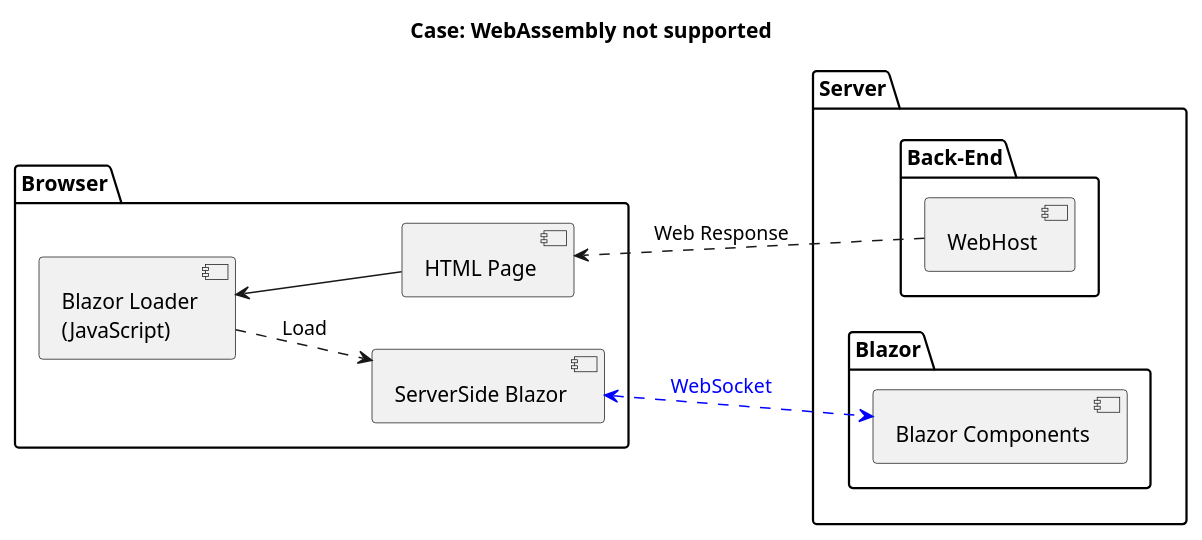
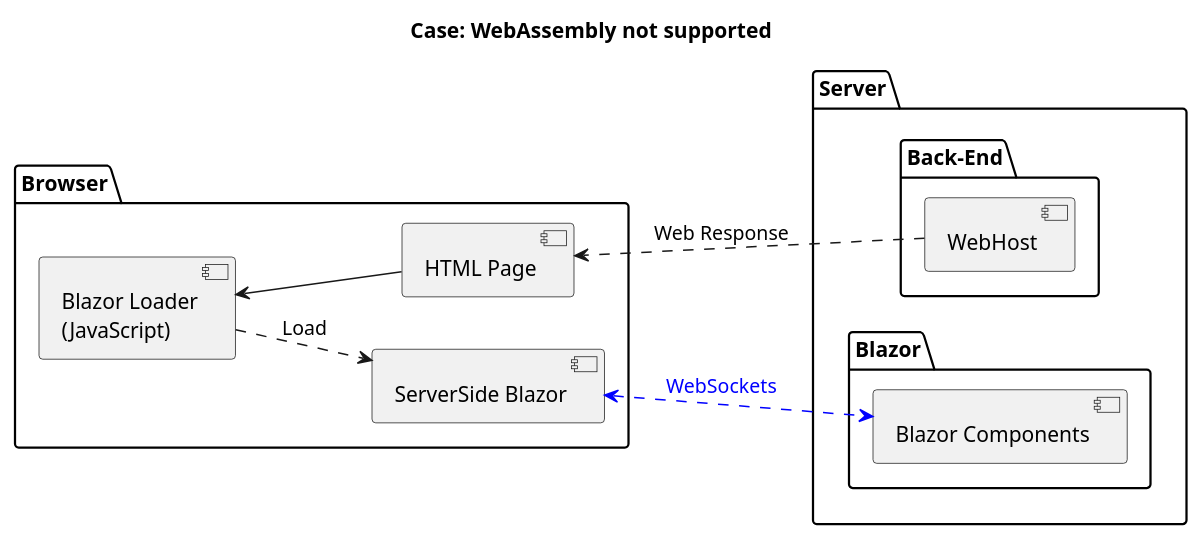
Before and after one commit to isc30/instant-blazor: the diagram in doc/diagrams/NotWasm-Components.puml, drawn with PlantUML. The commit also changed 2 other files, not shown here.

```diff
--- a/doc/diagrams/NotWasm-Components.puml
+++ b/doc/diagrams/NotWasm-Components.puml
@@ -1,34 +1,34 @@
 @startuml
 
 title Case: WebAssembly not supported
 
 skinparam componentStyle uml2
 left to right direction
 
 package "Server" {
 
     package "Blazor" {
         component "Blazor Components" as BlazorComponents
     }
 
     package "Back-End" as BackEnd {
         component "WebHost" as Host
     }
 
 }
 
 package "Browser" as FrontEnd {
 
     component "HTML Page" as Html
     component "Blazor Loader\n(JavaScript)" as Loader
     component "ServerSide Blazor" as BlazorServer
 
 }
 
 Host .> Html : Web Response
 Loader <-- Html
 
 Loader ..> BlazorServer : Load
-BlazorServer <.[#blue].> BlazorComponents : <color blue>WebSocket</color>
+BlazorServer <.[#blue].> BlazorComponents : <color blue>WebSockets</color>
 
 @enduml
```
